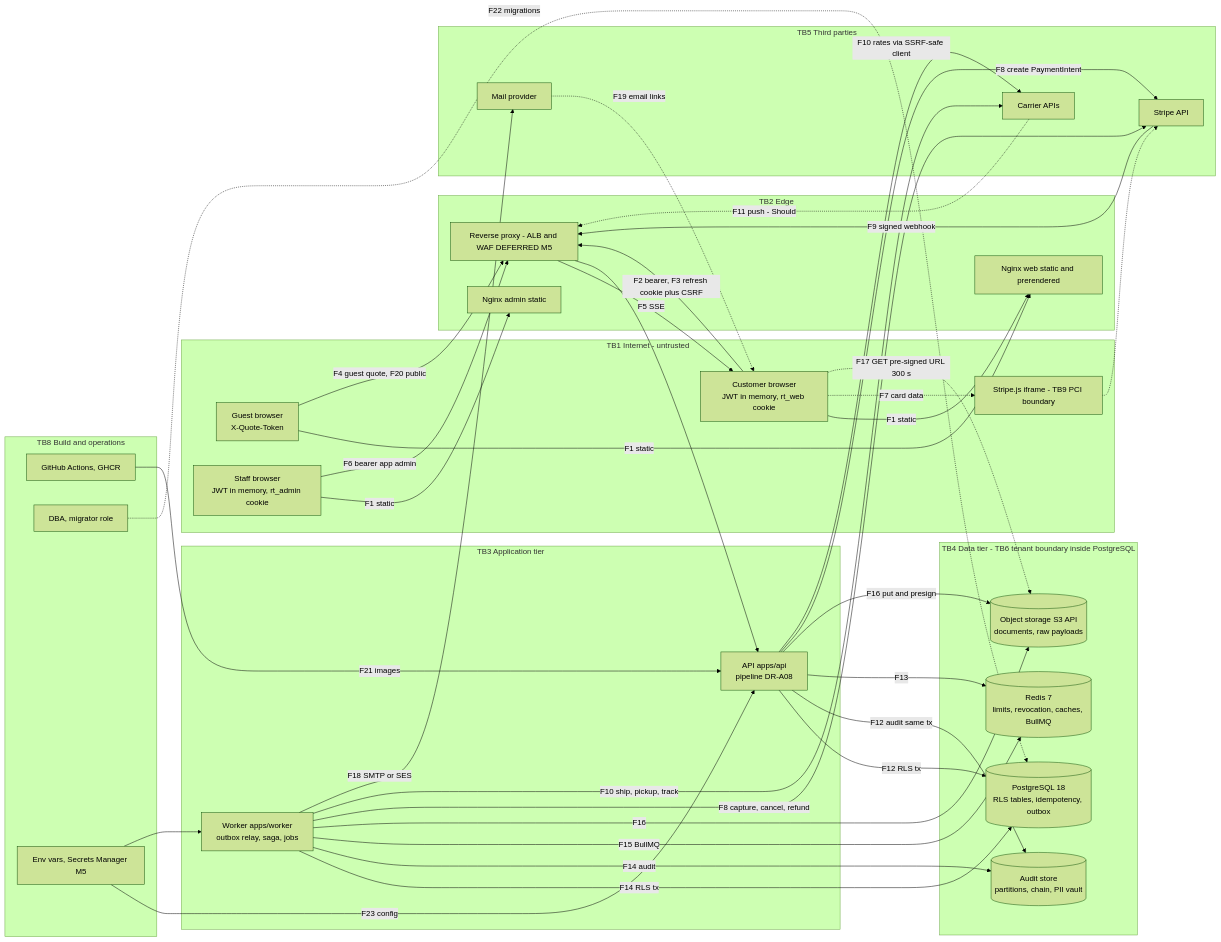
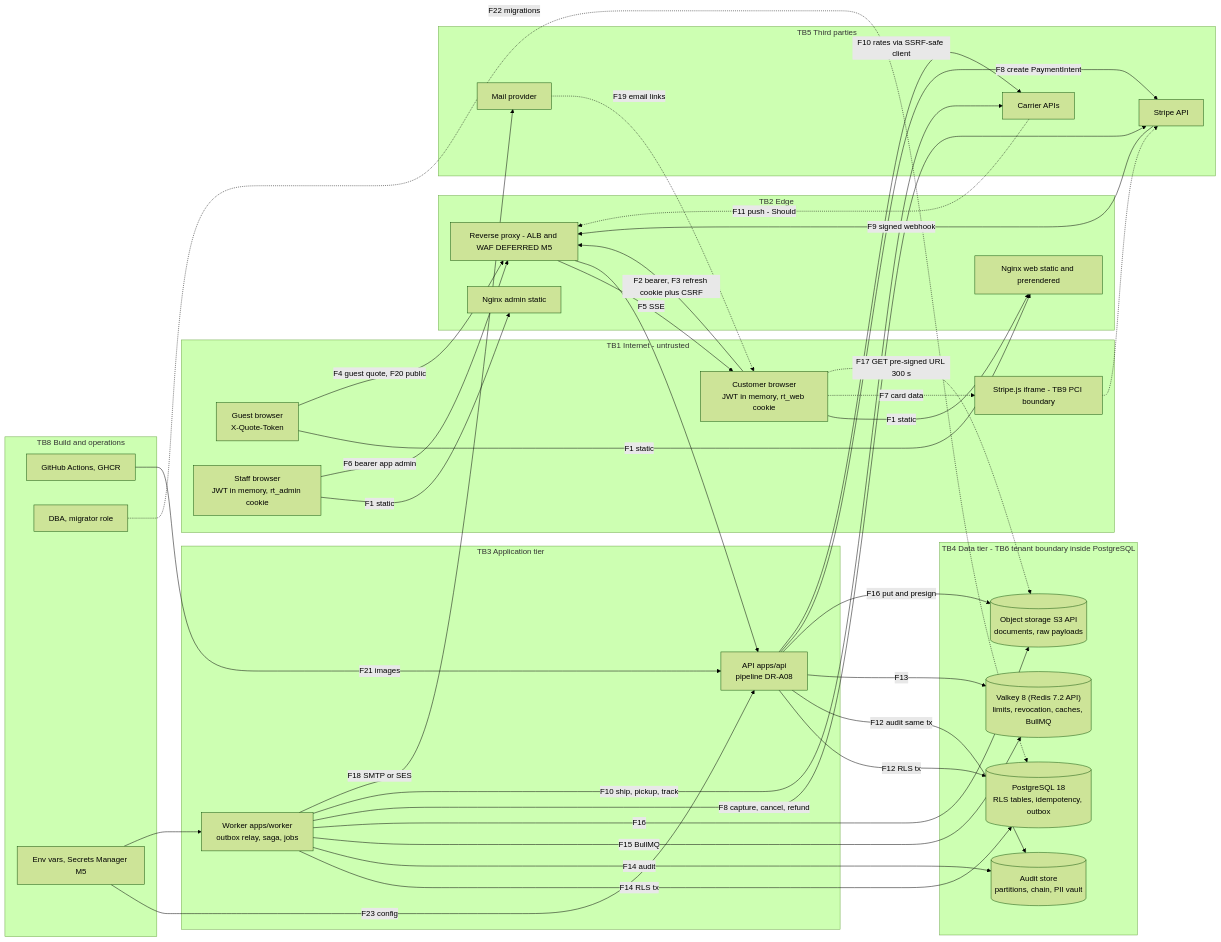
The second of 6 diagrams in docs/03-architecture/threat-model.md (sukhchdit/shipcube), drawn with Mermaid (forest theme) before and after one commit. The commit also changed other lines of this file and 78 other files, not shown here.

````diff
--- a/docs/03-architecture/threat-model.md
+++ b/docs/03-architecture/threat-model.md
@@ -126,64 +126,64 @@
 ```mermaid
 flowchart LR
   subgraph Z0["TB1 Internet - untrusted"]
     gb["Guest browser<br/>X-Quote-Token"]
     cb["Customer browser<br/>JWT in memory, rt_web cookie"]
     ab["Staff browser<br/>JWT in memory, rt_admin cookie"]
     sjs["Stripe.js iframe - TB9 PCI boundary"]
   end
   subgraph Z1["TB2 Edge"]
     ngw["Nginx web static and prerendered"]
     nga["Nginx admin static"]
     alb["Reverse proxy - ALB and WAF DEFERRED M5"]
   end
   subgraph Z2["TB3 Application tier"]
     api["API apps/api<br/>pipeline DR-A08"]
     wrk["Worker apps/worker<br/>outbox relay, saga, jobs"]
   end
   subgraph Z3["TB4 Data tier - TB6 tenant boundary inside PostgreSQL"]
     pg[("PostgreSQL 18<br/>RLS tables, idempotency, outbox")]
     aud[("Audit store<br/>partitions, chain, PII vault")]
-    rds[("Redis 7<br/>limits, revocation, caches, BullMQ")]
+    rds[("Valkey 8 (Redis 7.2 API)<br/>limits, revocation, caches, BullMQ")]
     obj[("Object storage S3 API<br/>documents, raw payloads")]
   end
   subgraph Z4["TB5 Third parties"]
     stripe["Stripe API"]
     carr["Carrier APIs"]
     mail["Mail provider"]
   end
   subgraph Z5["TB8 Build and operations"]
     ci["GitHub Actions, GHCR"]
     dba["DBA, migrator role"]
     sec["Env vars, Secrets Manager M5"]
   end
   gb & cb -->|F1 static| ngw
   ab -->|F1 static| nga
   gb -->|F4 guest quote, F20 public| alb
   cb -->|F2 bearer, F3 refresh cookie plus CSRF| alb
   ab -->|F6 bearer app admin| alb
   alb -->|F5 SSE| cb
   cb -.->|F7 card data| sjs
   sjs -.-> stripe
   alb --> api
   api -->|F12 RLS tx| pg
   api -->|F12 audit same tx| aud
   api -->|F13| rds
   api -->|F16 put and presign| obj
   cb -.->|F17 GET pre-signed URL 300 s| obj
   wrk -->|F14 RLS tx| pg
   wrk -->|F14 audit| aud
   wrk -->|F15 BullMQ| rds
   wrk -->|F16| obj
   api -->|F8 create PaymentIntent| stripe
   wrk -->|F8 capture, cancel, refund| stripe
   stripe -->|F9 signed webhook| alb
   api -->|F10 rates via SSRF-safe client| carr
   wrk -->|F10 ship, pickup, track| carr
   carr -.->|F11 push - Should| alb
   wrk -->|F18 SMTP or SES| mail
   mail -.->|F19 email links| cb
   ci -->|F21 images| api
   dba -.->|F22 migrations| pg
   sec -->|F23 config| api
   sec --> wrk
 ```
````
